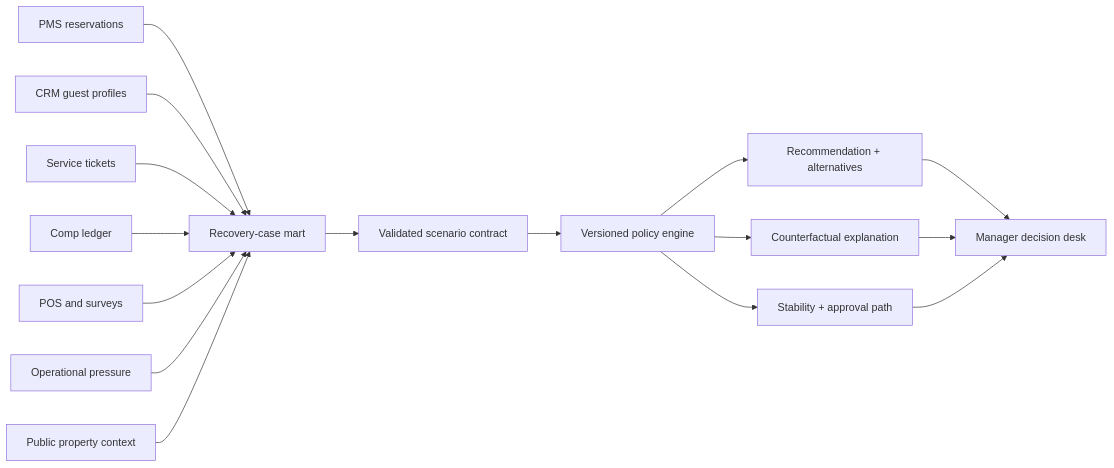
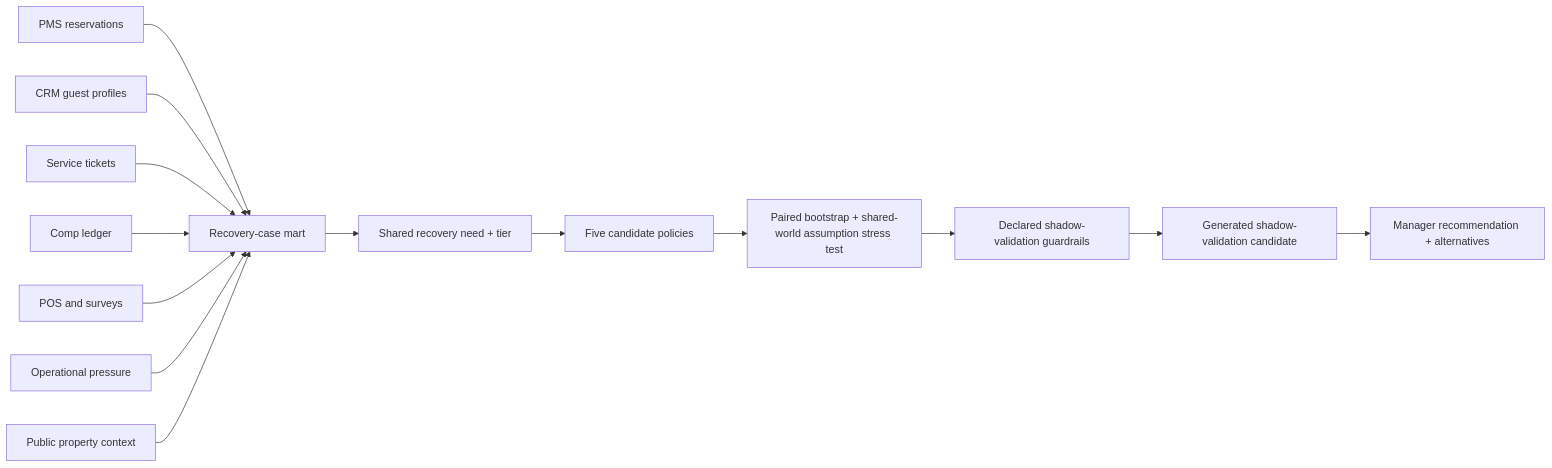
One commit to grant-mccurdy/hotel-comp-policy-model changed the diagram in README.md. Above: the diagram before and after it, drawn with Mermaid. The commit also changed other lines of this file and 53 other files, not shown here.

Commit message:
docs(policy): publish decision evidence and cloud validation

````diff
--- a/README.md
+++ b/README.md
@@ -33,18 +39,16 @@
 ```mermaid
 flowchart LR
     A[PMS reservations] --> H[Recovery-case mart]
     B[CRM guest profiles] --> H
     C[Service tickets] --> H
     D[Comp ledger] --> H
     E[POS and surveys] --> H
     F[Operational pressure] --> H
     G[Public property context] --> H
-    H --> I[Validated scenario contract]
-    I --> J[Versioned policy engine]
-    J --> K[Recommendation + alternatives]
-    J --> L[Counterfactual explanation]
-    J --> M[Stability + approval path]
-    K --> N[Manager decision desk]
-    L --> N
-    M --> N
+    H --> I[Shared recovery need + tier]
+    I --> J[Five candidate policies]
+    J --> K[Paired bootstrap + shared-world assumption stress test]
+    K --> L[Declared shadow-validation guardrails]
+    L --> M[Generated shadow-validation candidate]
+    M --> N[Manager recommendation + alternatives]
 ```
````
